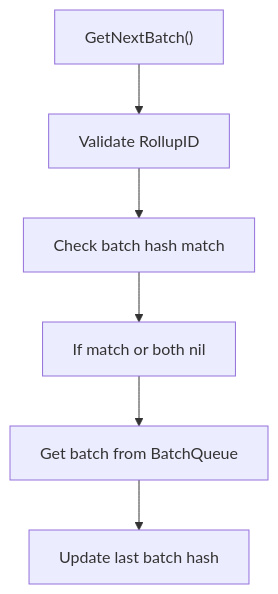
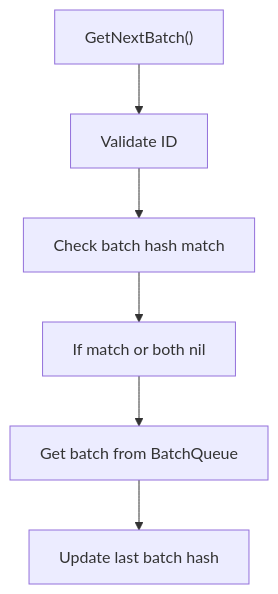
One commit to rollkit/rollkit changed the fifth of 6 diagrams in sequencers/single/README.md. Above: the diagram before and after it, drawn with Mermaid. The commit also changed other lines of this file and 27 other files, not shown here.

````diff
--- a/sequencers/single/README.md
+++ b/sequencers/single/README.md
@@ -86,8 +86,8 @@
 ```mermaid
 flowchart TD
-    A["GetNextBatch()"] --> B["Validate RollupID"]
+    A["GetNextBatch()"] --> B["Validate ID"]
     B --> C["Check batch hash match"]
     C --> D["If match or both nil"]
     D --> E["Get batch from BatchQueue"]
     E --> F["Update last batch hash"]
 ```
````
